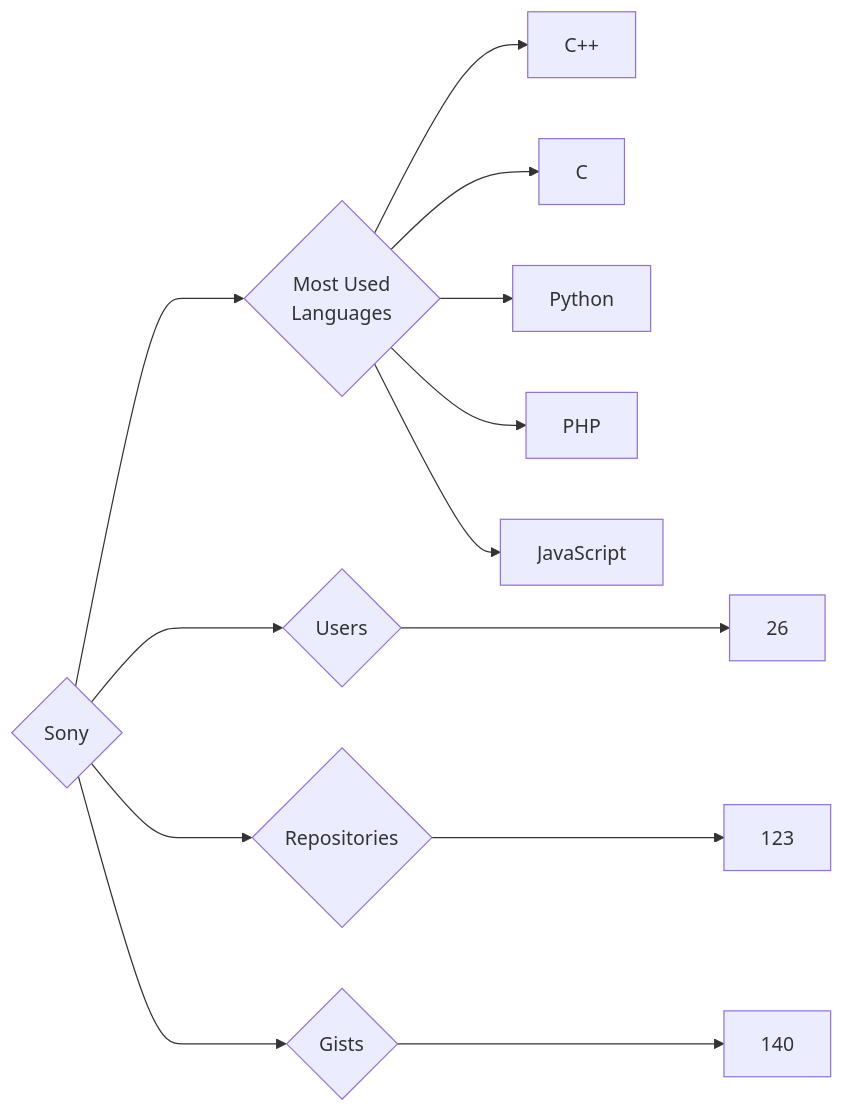
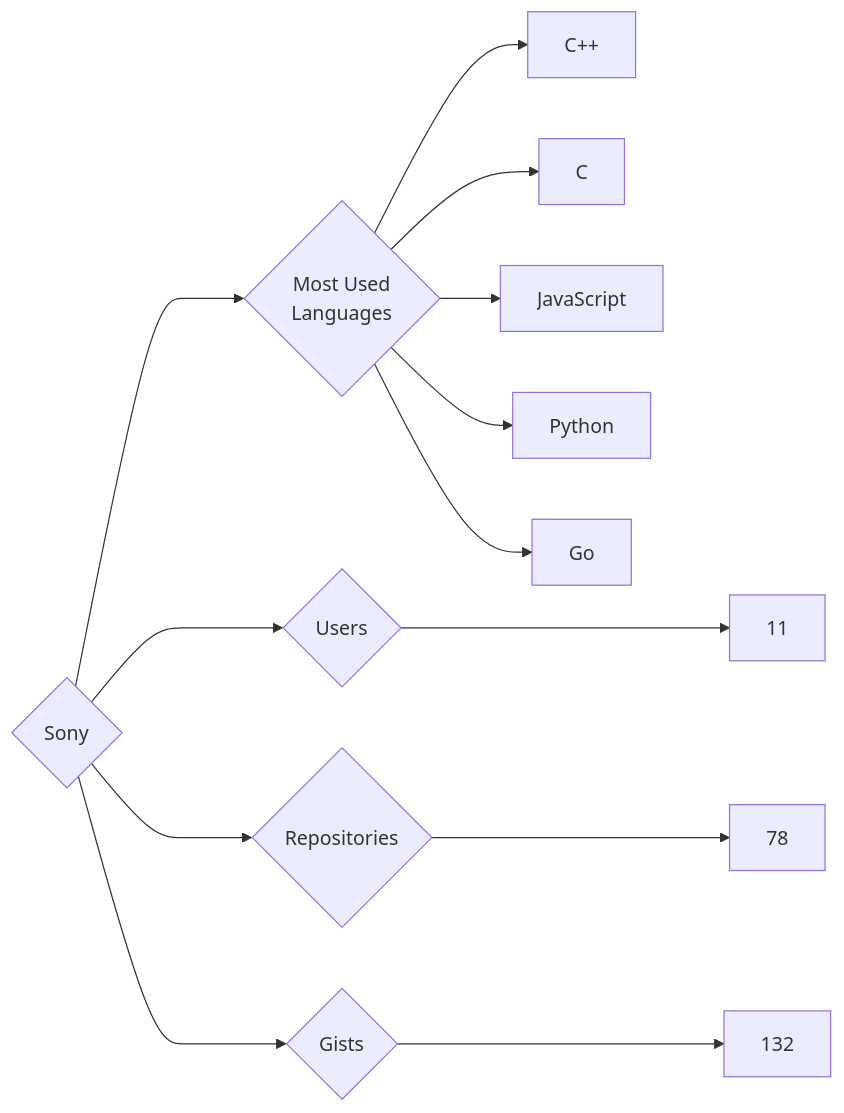
One commit to trickest/insiders changed the diagram in targets/Sony/README.md. Above: the diagram before and after it, drawn with Mermaid. The commit also changed 953 other files, not shown here.

````diff
--- a/targets/Sony/README.md
+++ b/targets/Sony/README.md
@@ -3,13 +3,13 @@
 ```mermaid
 graph LR
 COMPANY_NAME{Sony}
-COMPANY_NAME ---> U{Users} ---> UN[26]
-COMPANY_NAME ---> R{Repositories} ---> RN[123]
-COMPANY_NAME ---> G{Gists} ---> GN[140]
+COMPANY_NAME ---> U{Users} ---> UN[11]
+COMPANY_NAME ---> R{Repositories} ---> RN[78]
+COMPANY_NAME ---> G{Gists} ---> GN[132]
 COMPANY_NAME ---> ML{Most Used<br>Languages}
 ML --> C++[C++]
 ML --> C[C]
+ML --> JavaScript[JavaScript]
 ML --> Python[Python]
-ML --> PHP[PHP]
-ML --> JavaScript[JavaScript]
+ML --> Go[Go]
 ```
````
